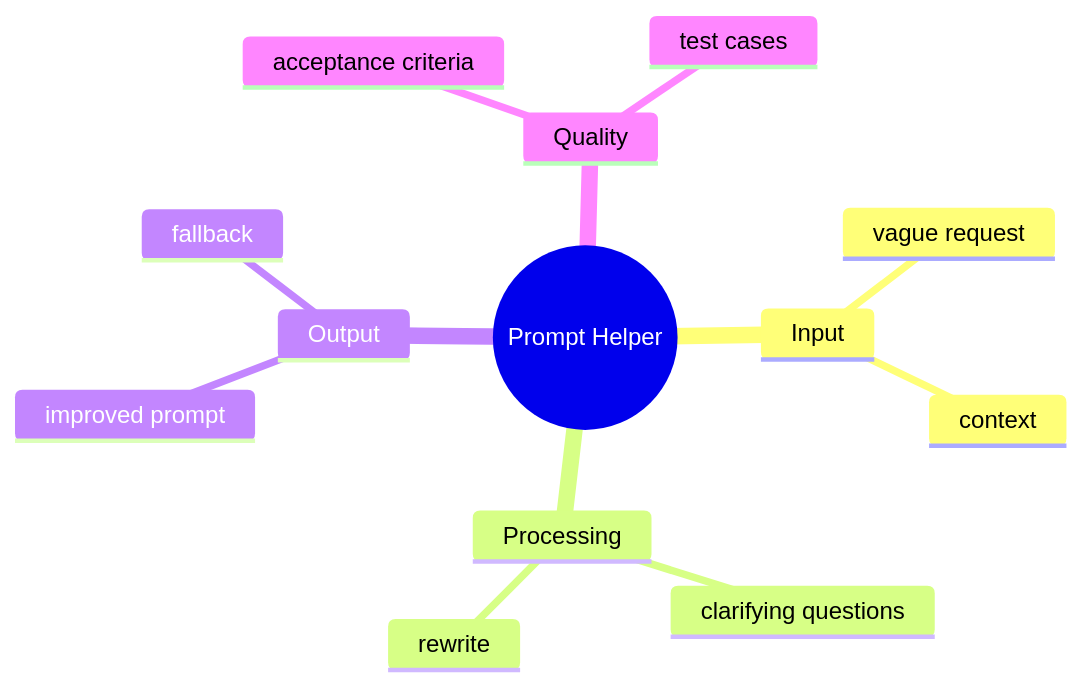
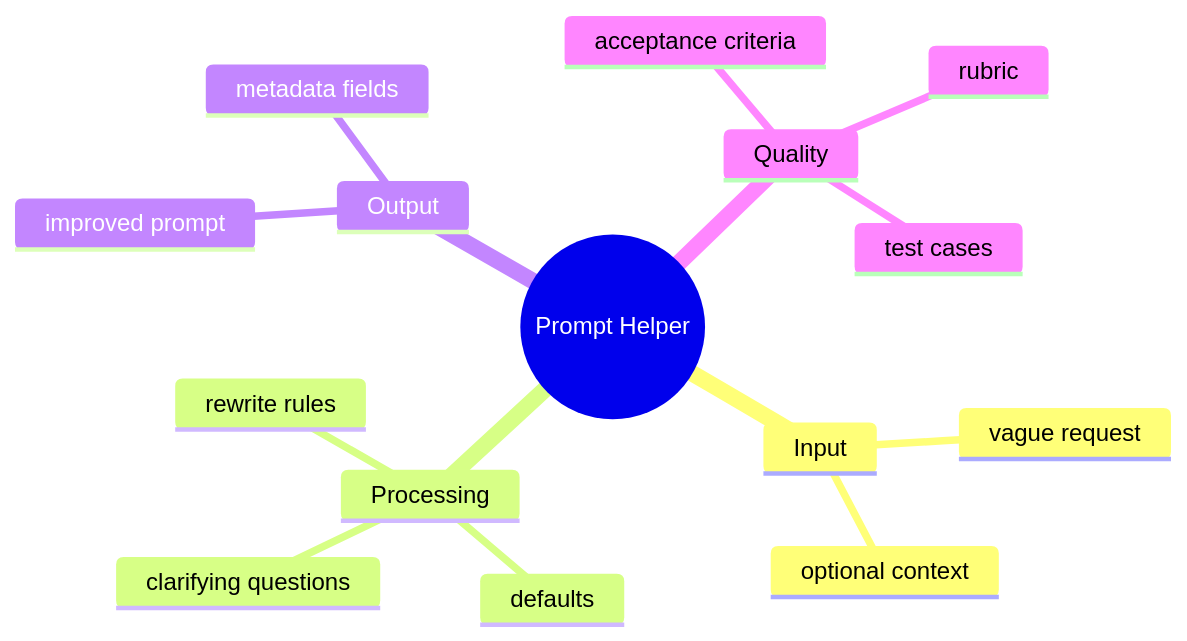
The fourth of 11 diagrams in day_07/day_07_mini_project_prompt_helper.md (Asabeneh/30-Days-Of-AI-Engineering), drawn with Mermaid before and after one commit. The commit also changed other lines of this file and 49 other files, not shown here.

````diff
--- a/day_07/day_07_mini_project_prompt_helper.md
+++ b/day_07/day_07_mini_project_prompt_helper.md
@@ -141,16 +221,18 @@
 ```mermaid
 mindmap
   root((Prompt Helper))
     Input
       vague request
-      context
+      optional context
     Processing
       clarifying questions
-      rewrite
+      rewrite rules
+      defaults
     Output
       improved prompt
-      fallback
+      metadata fields
     Quality
       acceptance criteria
       test cases
+      rubric
 ```
````
